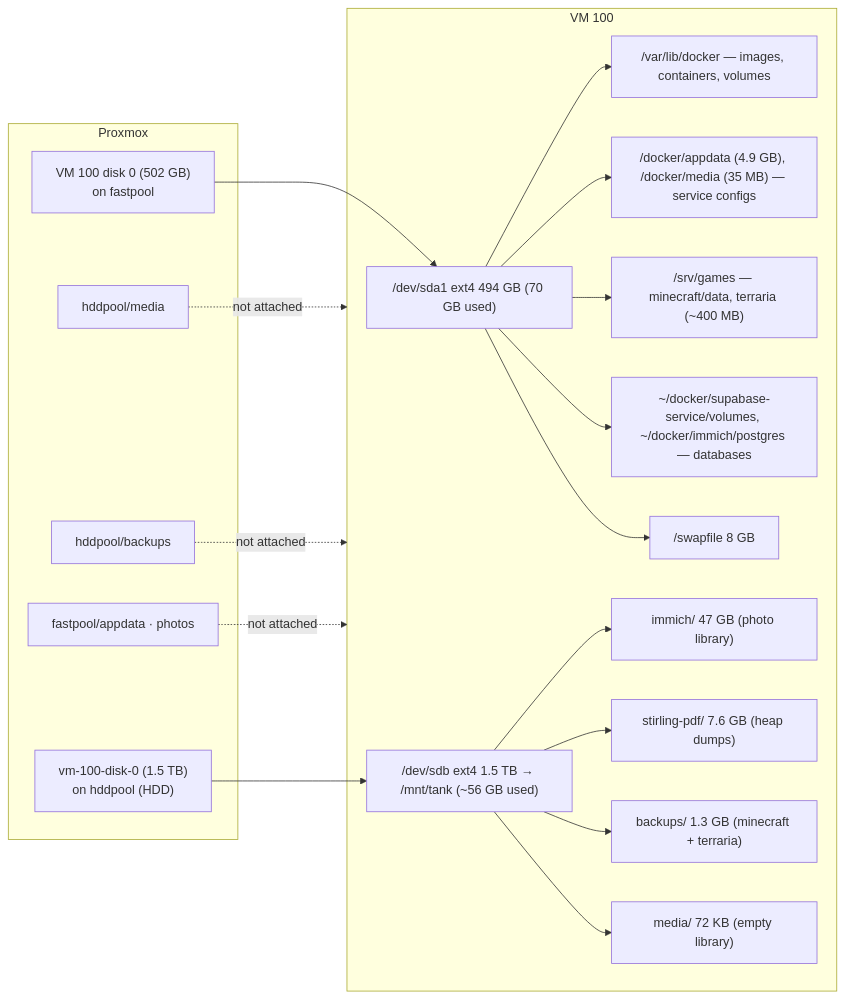
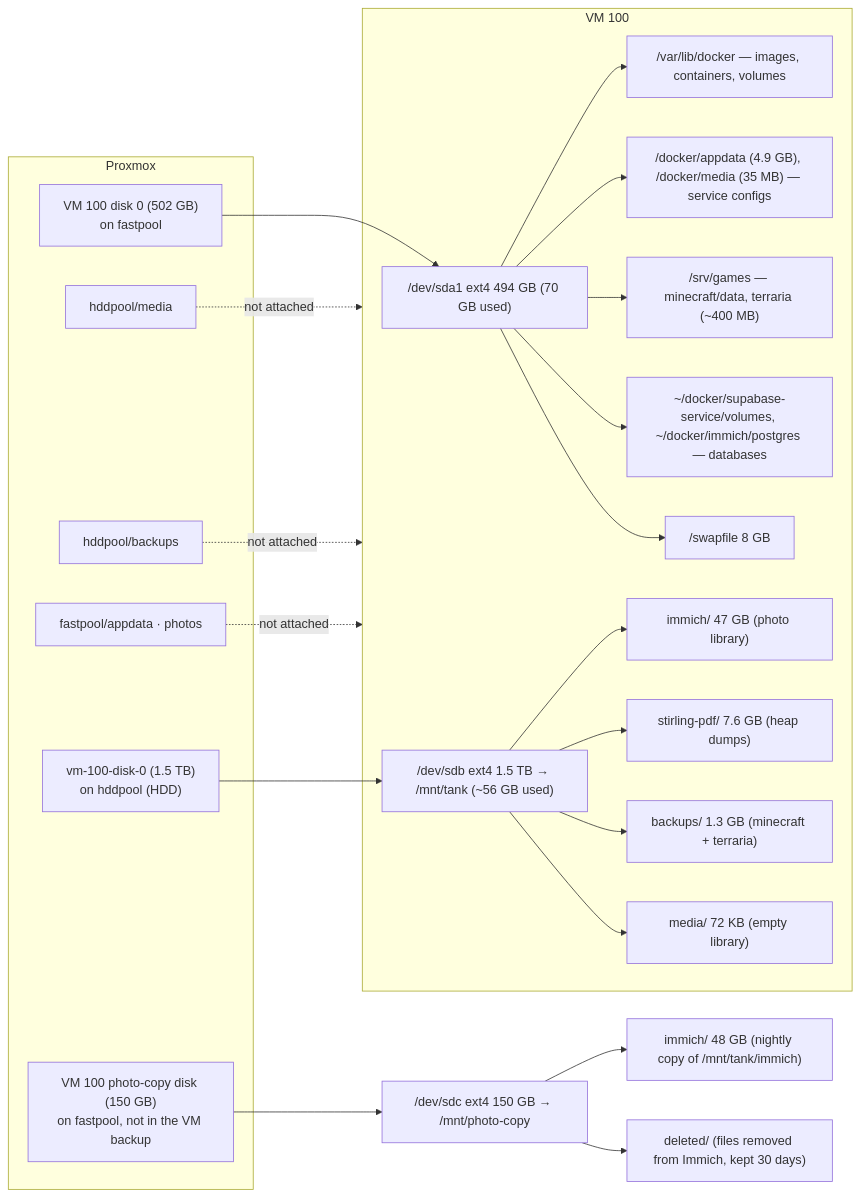
The second of 2 diagrams in architecture/host-and-vm.md (BigBoiToasty/homelab-docs), drawn with Mermaid before and after one commit. The commit also changed other lines of this file and 5 other files, not shown here.

First line of the commit message:
docs: nightly Immich photo copy to a fastpool disk, M.2 SSD health

````diff
--- a/architecture/host-and-vm.md
+++ b/architecture/host-and-vm.md
@@ -118,28 +120,33 @@
 ```mermaid
 flowchart LR
     subgraph PVE["Proxmox"]
         A["VM 100 disk 0 (502 GB)<br/>on fastpool"]
         B["vm-100-disk-0 (1.5 TB)<br/>on hddpool (HDD)"]
         E["hddpool/media"]
         F["hddpool/backups"]
+        P["VM 100 photo-copy disk (150 GB)<br/>on fastpool, not in the VM backup"]
         C["fastpool/appdata · photos"]
     end
     subgraph VM["VM 100"]
         SDA["/dev/sda1 ext4 494 GB (70 GB used)"]
         SDA --> R1["/var/lib/docker — images, containers, volumes"]
         SDA --> R2["/docker/appdata (4.9 GB), /docker/media (35 MB) — service configs"]
         SDA --> R3["/srv/games — minecraft/data, terraria (~400 MB)"]
         SDA --> R4["~/docker/supabase-service/volumes, ~/docker/immich/postgres — databases"]
         SDA --> R5["/swapfile 8 GB"]
         SDB["/dev/sdb ext4 1.5 TB → /mnt/tank (~56 GB used)"]
         SDB --> T1["immich/ 47 GB (photo library)"]
         SDB --> T2["stirling-pdf/ 7.6 GB (heap dumps)"]
         SDB --> T3["backups/ 1.3 GB (minecraft + terraria)"]
         SDB --> T4["media/ 72 KB (empty library)"]
     end
+        SDC["/dev/sdc ext4 150 GB → /mnt/photo-copy"]
+        SDC --> U1["immich/ 48 GB (nightly copy of /mnt/tank/immich)"]
+        SDC --> U2["deleted/ (files removed from Immich, kept 30 days)"]
     A --> SDA
     B --> SDB
+    P --> SDC
     E -. "not attached" .-> VM
     F -. "not attached" .-> VM
     C -. "not attached" .-> VM
 ```
````
